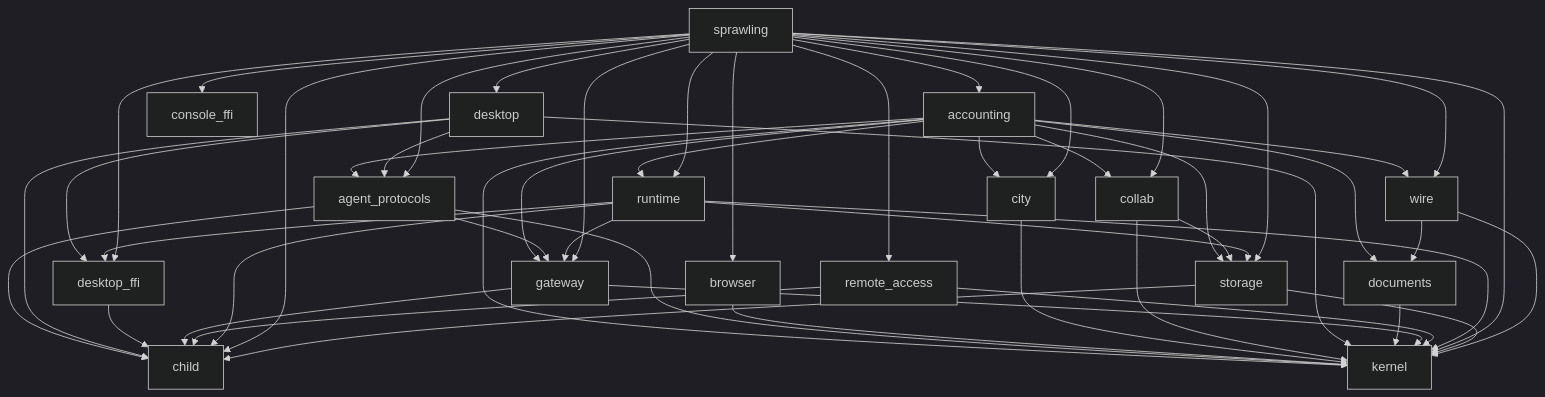
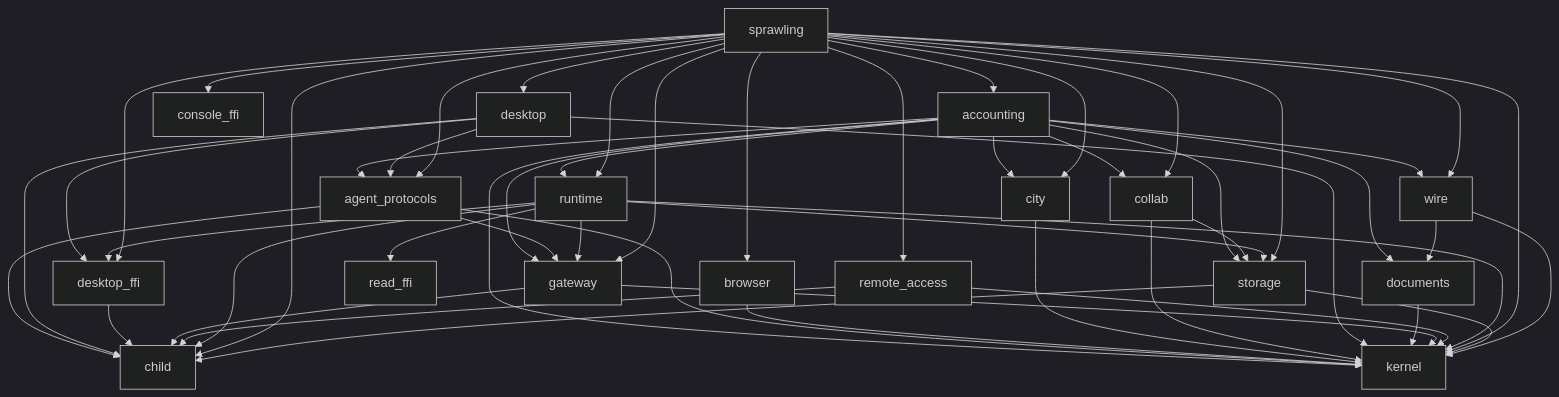
Before and after one commit to 2youg1/sprawling-agents: the first of 8 diagrams in ARCHITECTURE.md, drawn with Mermaid (dark theme). The commit also changed other lines of this file and 23 other files, not shown here.

````diff
--- a/ARCHITECTURE.md
+++ b/ARCHITECTURE.md
@@ -1224,56 +1233,58 @@
 ```mermaid
 flowchart TD
     accounting --> agent_protocols
     accounting --> city
     accounting --> collab
     accounting --> documents
     accounting --> gateway
     accounting --> kernel
     accounting --> runtime
     accounting --> storage
     accounting --> wire
     agent_protocols --> child
     agent_protocols --> gateway
     agent_protocols --> kernel
     browser --> kernel
     child
     city --> kernel
     collab --> kernel
     collab --> storage
     console_ffi
     desktop --> agent_protocols
     desktop --> child
     desktop --> desktop_ffi
     desktop --> kernel
     desktop_ffi --> child
     documents --> kernel
     gateway --> child
     gateway --> kernel
     kernel
+    read_ffi
     remote_access --> child
     remote_access --> kernel
     runtime --> child
     runtime --> desktop_ffi
     runtime --> gateway
     runtime --> kernel
+    runtime --> read_ffi
     runtime --> storage
     sprawling --> accounting
     sprawling --> agent_protocols
     sprawling --> browser
     sprawling --> child
     sprawling --> city
     sprawling --> collab
     sprawling --> console_ffi
     sprawling --> desktop
     sprawling --> desktop_ffi
     sprawling --> gateway
     sprawling --> kernel
     sprawling --> remote_access
     sprawling --> runtime
     sprawling --> storage
     sprawling --> wire
     storage --> child
     storage --> kernel
     wire --> documents
     wire --> kernel
 ```
````
